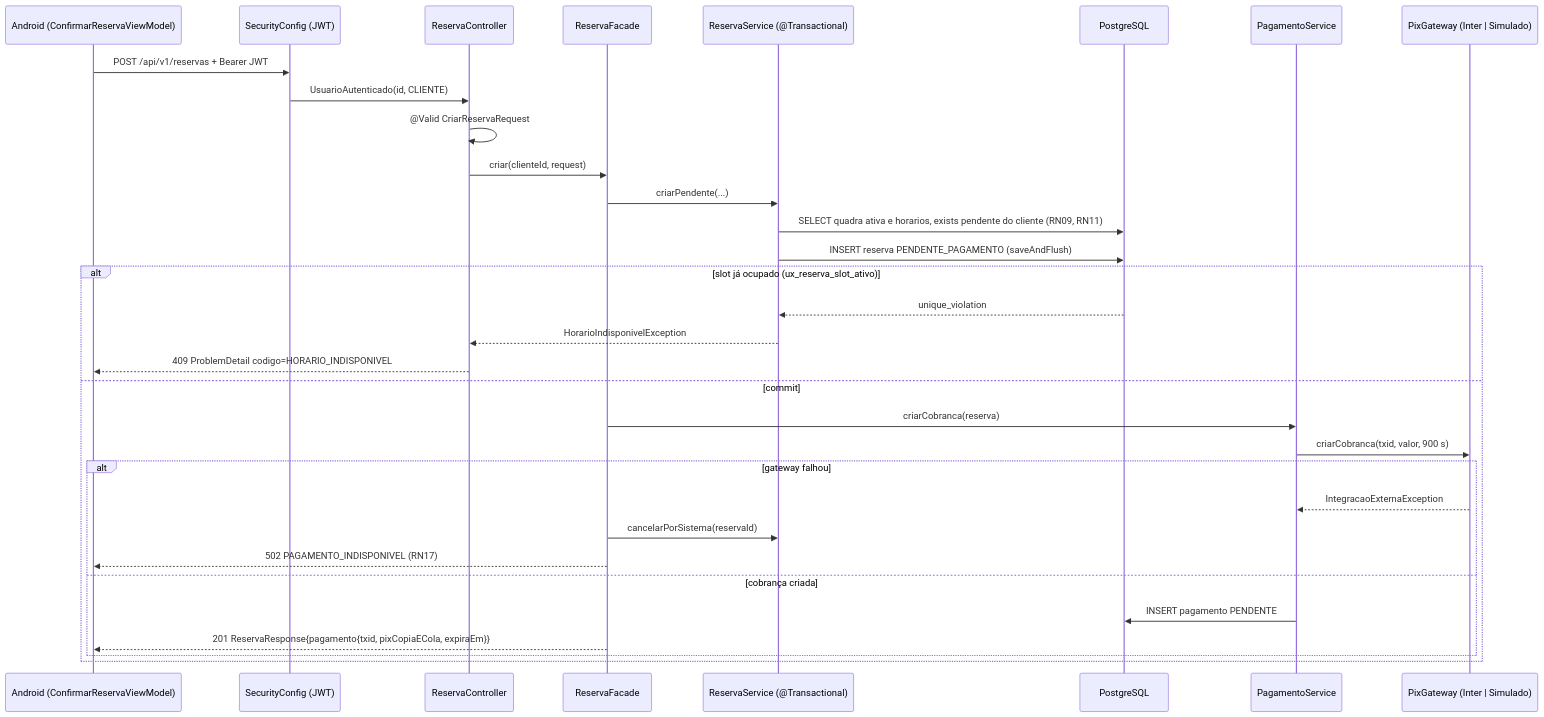
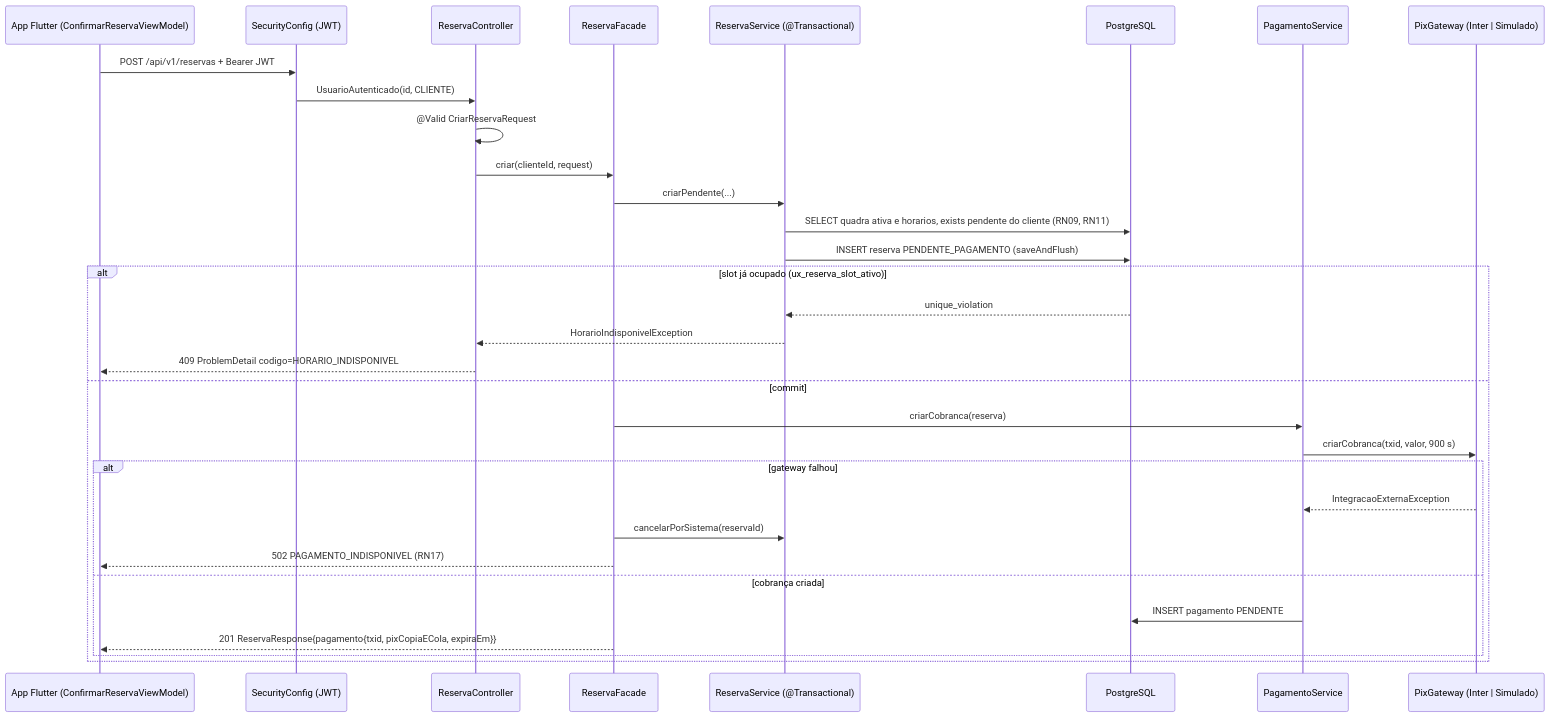
One commit to DEVigodE/so-mais-uma changed the second of 3 diagrams in docs/09-arquitetura.md. Above: the diagram before and after it, drawn with Mermaid. The commit also changed other lines of this file and 25 other files, not shown here.

First line of the commit message:
docs: troca o app de Android nativo para Flutter

````diff
--- a/docs/09-arquitetura.md
+++ b/docs/09-arquitetura.md
@@ -212,35 +213,35 @@
 ```mermaid
 sequenceDiagram
-    participant App as Android (ConfirmarReservaViewModel)
+    participant App as App Flutter (ConfirmarReservaViewModel)
     participant Sec as SecurityConfig (JWT)
     participant C as ReservaController
     participant F as ReservaFacade
     participant S as ReservaService (@Transactional)
     participant DB as PostgreSQL
     participant P as PagamentoService
     participant G as PixGateway (Inter | Simulado)
 
     App->>Sec: POST /api/v1/reservas + Bearer JWT
     Sec->>C: UsuarioAutenticado(id, CLIENTE)
     C->>C: @Valid CriarReservaRequest
     C->>F: criar(clienteId, request)
     F->>S: criarPendente(...)
     S->>DB: SELECT quadra ativa e horarios, exists pendente do cliente (RN09, RN11)
     S->>DB: INSERT reserva PENDENTE_PAGAMENTO (saveAndFlush)
     alt slot já ocupado (ux_reserva_slot_ativo)
         DB-->>S: unique_violation
         S-->>C: HorarioIndisponivelException
         C-->>App: 409 ProblemDetail codigo=HORARIO_INDISPONIVEL
     else commit
         F->>P: criarCobranca(reserva)
         P->>G: criarCobranca(txid, valor, 900 s)
         alt gateway falhou
             G-->>P: IntegracaoExternaException
             F->>S: cancelarPorSistema(reservaId)
             F-->>App: 502 PAGAMENTO_INDISPONIVEL (RN17)
         else cobrança criada
             P->>DB: INSERT pagamento PENDENTE
             F-->>App: 201 ReservaResponse{pagamento{txid, pixCopiaECola, expiraEm}}
         end
     end
 ```
````
